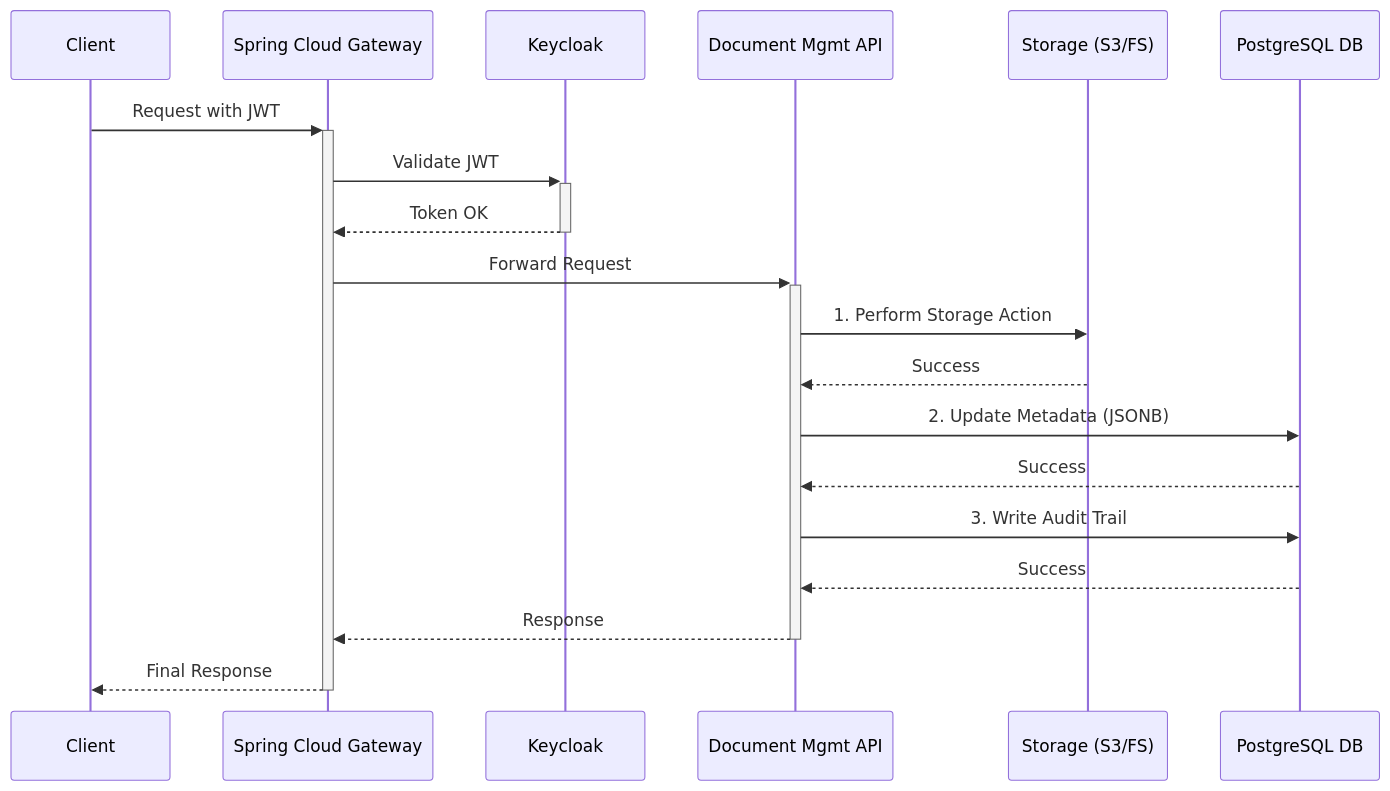
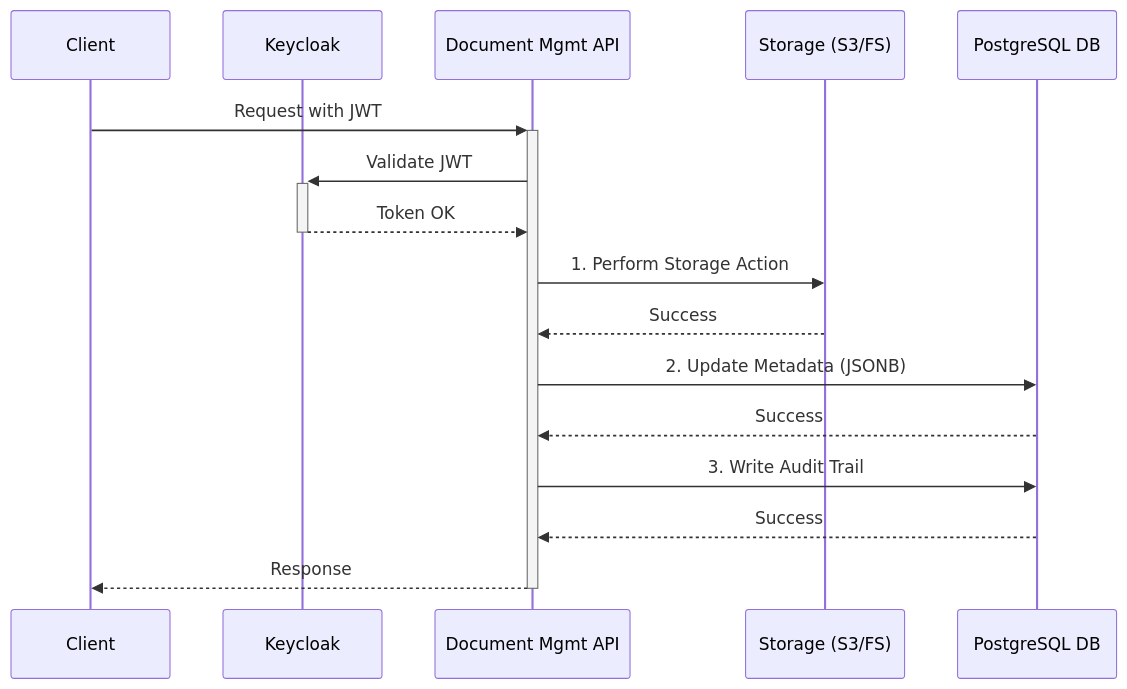
One commit to openfilz/openfilz-core changed the diagram in README.md. Above: the diagram before and after it, drawn with Mermaid. The commit also changed other lines of this file and 10 other files, not shown here.

````diff
--- a/README.md
+++ b/README.md
@@ -145,22 +144,19 @@
 ```mermaid
 sequenceDiagram
     participant C as Client
-    participant GW as Spring Cloud Gateway
     participant KC as Keycloak
     participant API as Document Mgmt API
     participant S as Storage (S3/FS)
     participant DB as PostgreSQL DB
 
-    C->>+GW: Request with JWT
-    GW->>+KC: Validate JWT
-    KC-->>-GW: Token OK
-    GW->>+API: Forward Request
+    C->>+API: Request with JWT
+    API->>+KC: Validate JWT
+    KC-->>-API: Token OK
     API->>S: 1. Perform Storage Action
     S-->>API: Success
     API->>DB: 2. Update Metadata (JSONB)
     DB-->>API: Success
     API->>DB: 3. Write Audit Trail
     DB-->>API: Success
-    API-->>-GW: Response
-    GW-->>-C: Final Response
+    API-->>-C: Response
 ```
````
